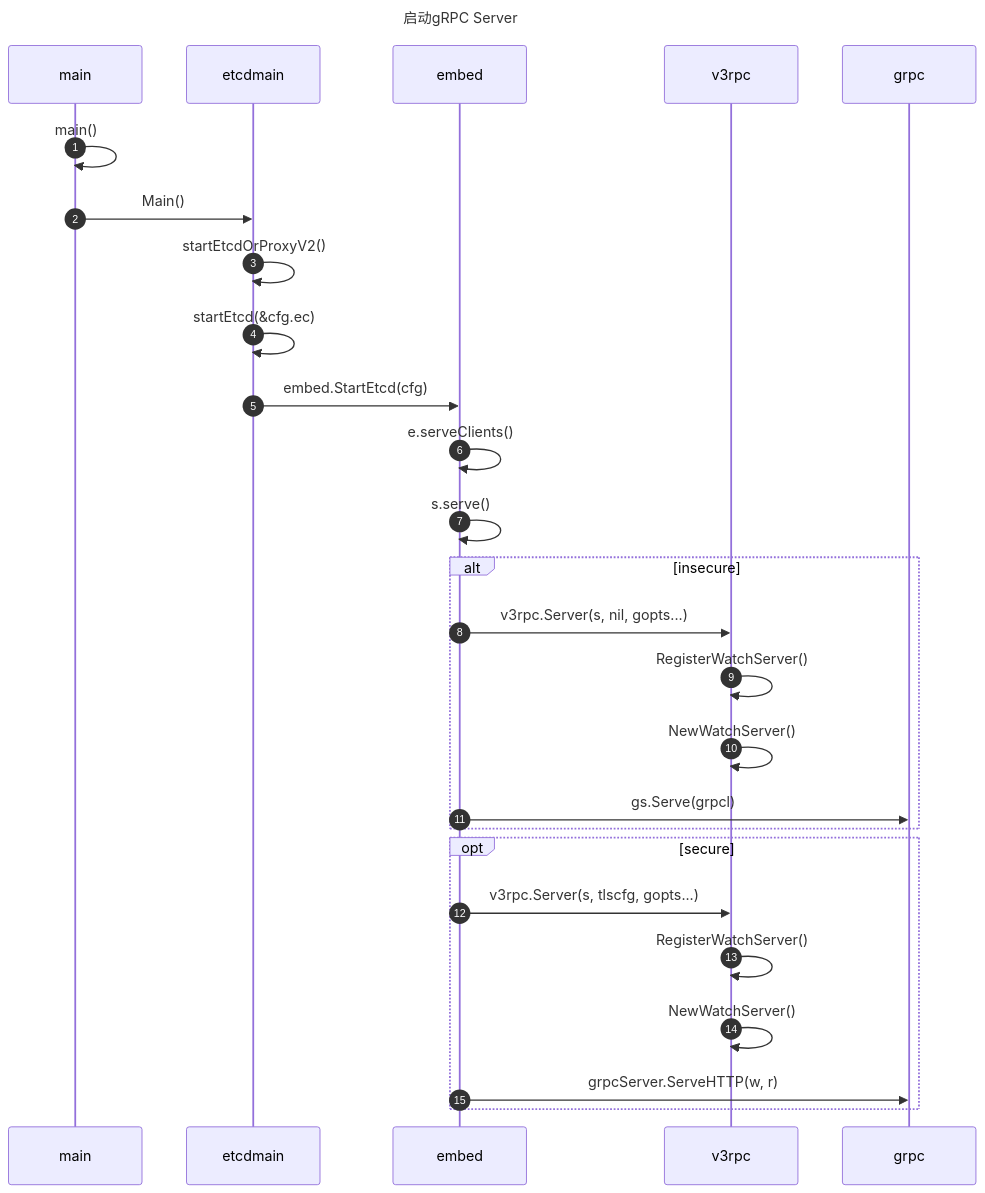
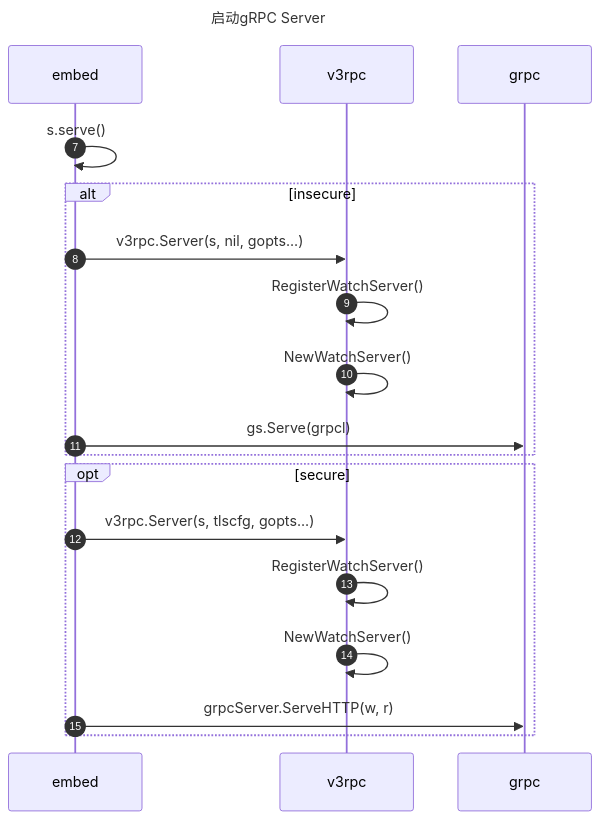
Before and after one commit to kangxiaoning/kangxiaoning.github.io: the second of 12 diagrams in docs/topics/etcd/etcd-watch.md, drawn with Mermaid. The commit also changed other lines of this file, not shown here.

````diff
--- a/docs/topics/etcd/etcd-watch.md
+++ b/docs/topics/etcd/etcd-watch.md
@@ -59,26 +73,20 @@
 ```mermaid
 ---
 title: 启动gRPC Server
 ---
 sequenceDiagram
-    autonumber
-    main->>main: main()
-    main->>etcdmain: Main()
-    etcdmain->>etcdmain: startEtcdOrProxyV2()
-    etcdmain->>etcdmain: startEtcd(&cfg.ec)
-    etcdmain->>embed: embed.StartEtcd(cfg)
-    embed->>embed: e.serveClients()
+  autonumber 7
     embed->>embed: s.serve()
     alt insecure
         embed->>v3rpc: v3rpc.Server(s, nil, gopts...)
         v3rpc->>v3rpc: RegisterWatchServer()
         v3rpc->>v3rpc: NewWatchServer()
         embed->>grpc: gs.Serve(grpcl)
     end
     opt secure
        embed->>v3rpc: v3rpc.Server(s, tlscfg, gopts...)
        v3rpc->>v3rpc: RegisterWatchServer()
        v3rpc->>v3rpc: NewWatchServer()
        embed->>grpc: grpcServer.ServeHTTP(w, r)
     end
 ```
````
